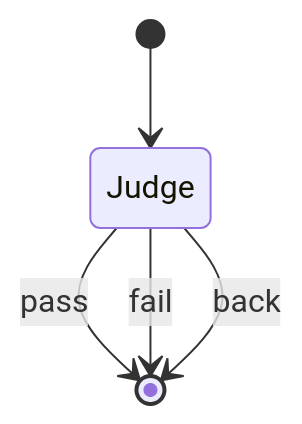
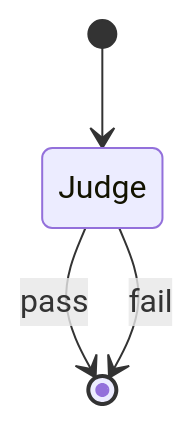
One commit to rudyalways/skill-evolving-analysis changed the seventh of 7 diagrams in skill_evolving_agents/readme.md. Above: the diagram before and after it, drawn with Mermaid. The commit also changed other lines of this file and 25 other files, not shown here.

````diff
--- a/skill_evolving_agents/readme.md
+++ b/skill_evolving_agents/readme.md
@@ -75,7 +79,6 @@
 ```mermaid
 stateDiagram-v2
   [*] --> Judge
   Judge --> [*]: pass
   Judge --> [*]: fail
-  Judge --> [*]: back
 ```
````
